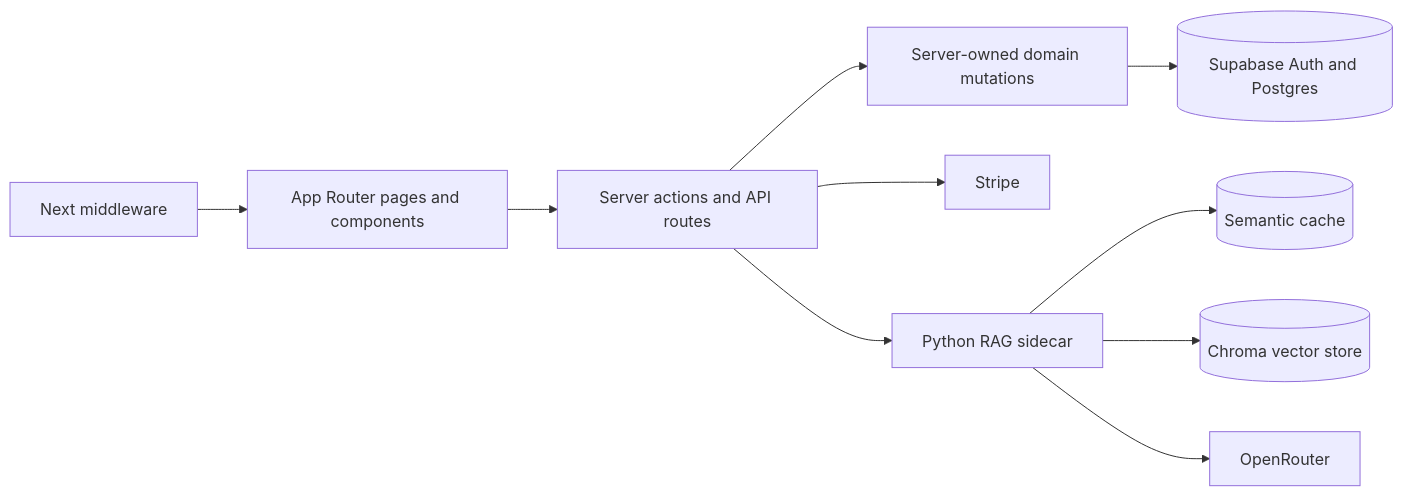
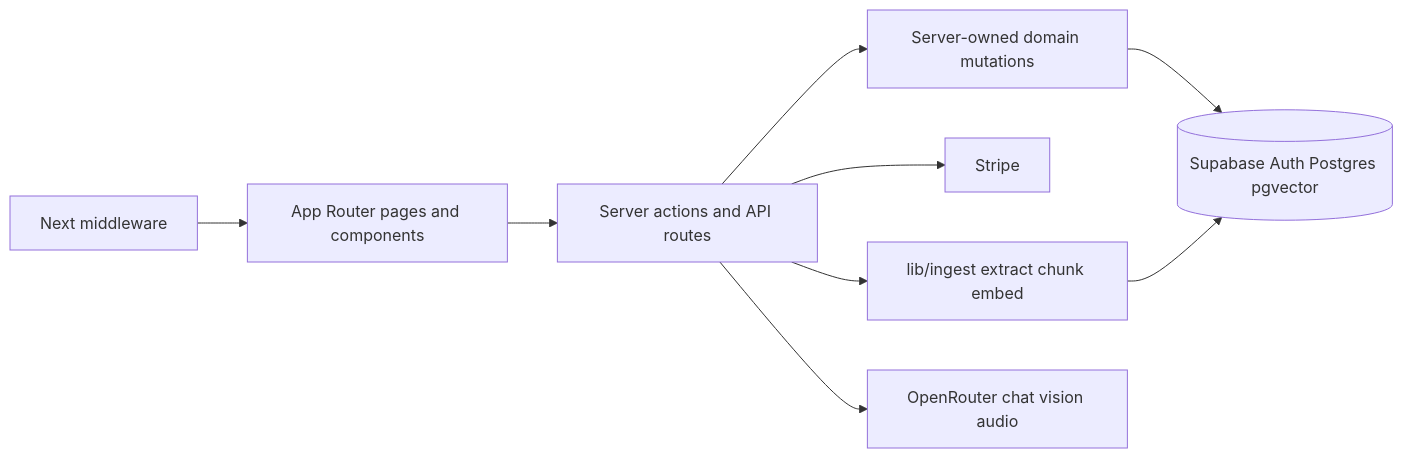
The first of 3 diagrams in _bmad-output/planning-artifacts/architecture/architecture-Learnium-2026-07-05/ARCHITECTURE-SPINE.md (rchowdam1/Learnium), drawn with Mermaid before and after one commit. The commit also changed other lines of this file and 50 other files, not shown here.

First line of the commit message:
Add browser multi-type ingest with Supabase pgvector Study Buddy RAG.

````diff
--- a/_bmad-output/planning-artifacts/architecture/architecture-Learnium-2026-07-05/ARCHITECTURE-SPINE.md
+++ b/_bmad-output/planning-artifacts/architecture/architecture-Learnium-2026-07-05/ARCHITECTURE-SPINE.md
@@ -30,12 +33,11 @@
 ```mermaid
 flowchart LR
   UI[App Router pages and components] --> Actions[Server actions and API routes]
   Actions --> Domain[Server-owned domain mutations]
-  Domain --> Supabase[(Supabase Auth and Postgres)]
+  Domain --> Supabase[(Supabase Auth Postgres pgvector)]
   Actions --> Stripe[Stripe]
-  Actions --> RAG[Python RAG sidecar]
-  RAG --> Cache[(Semantic cache)]
-  RAG --> Vector[(Chroma vector store)]
-  RAG --> OpenRouter[OpenRouter]
+  Actions --> Ingest[lib/ingest extract chunk embed]
+  Ingest --> Supabase
+  Actions --> OpenRouter[OpenRouter chat vision audio]
   Middleware[Next middleware] --> UI
 ```
````
